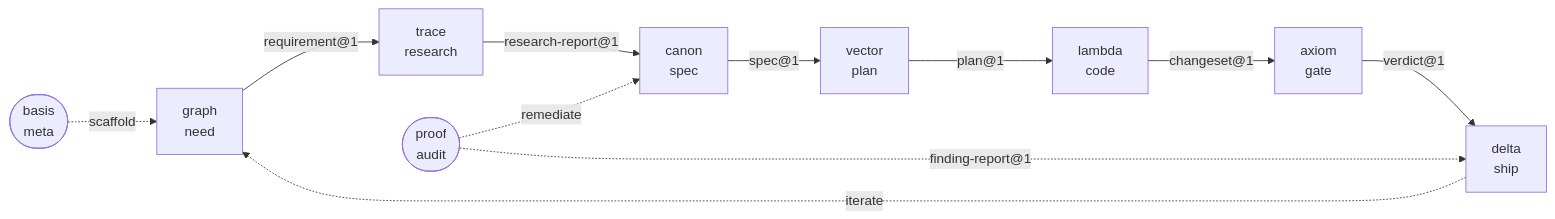
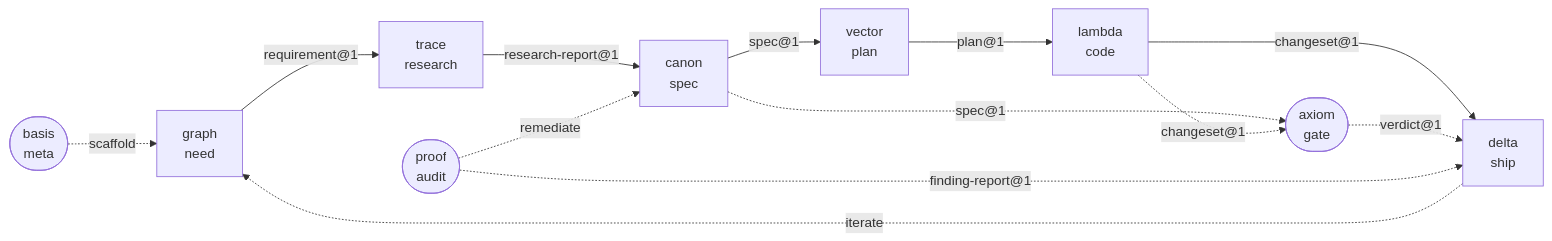
Before and after one commit to orin-dx/agent-plugins: the diagram in README.md, drawn with Mermaid. The commit also changed 33 other files, not shown here.

First line of the commit message:
feat(canon,vector,lambda,delta): spec correction loop, criteria traceability, and axiom doc fix

````diff
--- a/README.md
+++ b/README.md
@@ -25,14 +25,18 @@
 ```mermaid
 flowchart LR
     gr[graph\nneed] -->|"requirement@1"| tr[trace\nresearch]
     tr -->|"research-report@1"| ca[canon\nspec]
     ca -->|"spec@1"| ve[vector\nplan]
     ve -->|"plan@1"| la[lambda\ncode]
-    la -->|"changeset@1"| ax[axiom\ngate]
-    ax -->|"verdict@1"| de[delta\nship]
+    la -->|"changeset@1"| de[delta\nship]
     de -. iterate .-> gr
+
+    ax([axiom\ngate])
+    ca -.->|"spec@1"| ax
+    la -.->|"changeset@1"| ax
+    ax -.->|"verdict@1"| de
 
     pr([proof\naudit]) -.->|"finding-report@1"| de
     pr -.->|"remediate"| ca
     ba([basis\nmeta]) -. scaffold .-> gr
 ```
````
